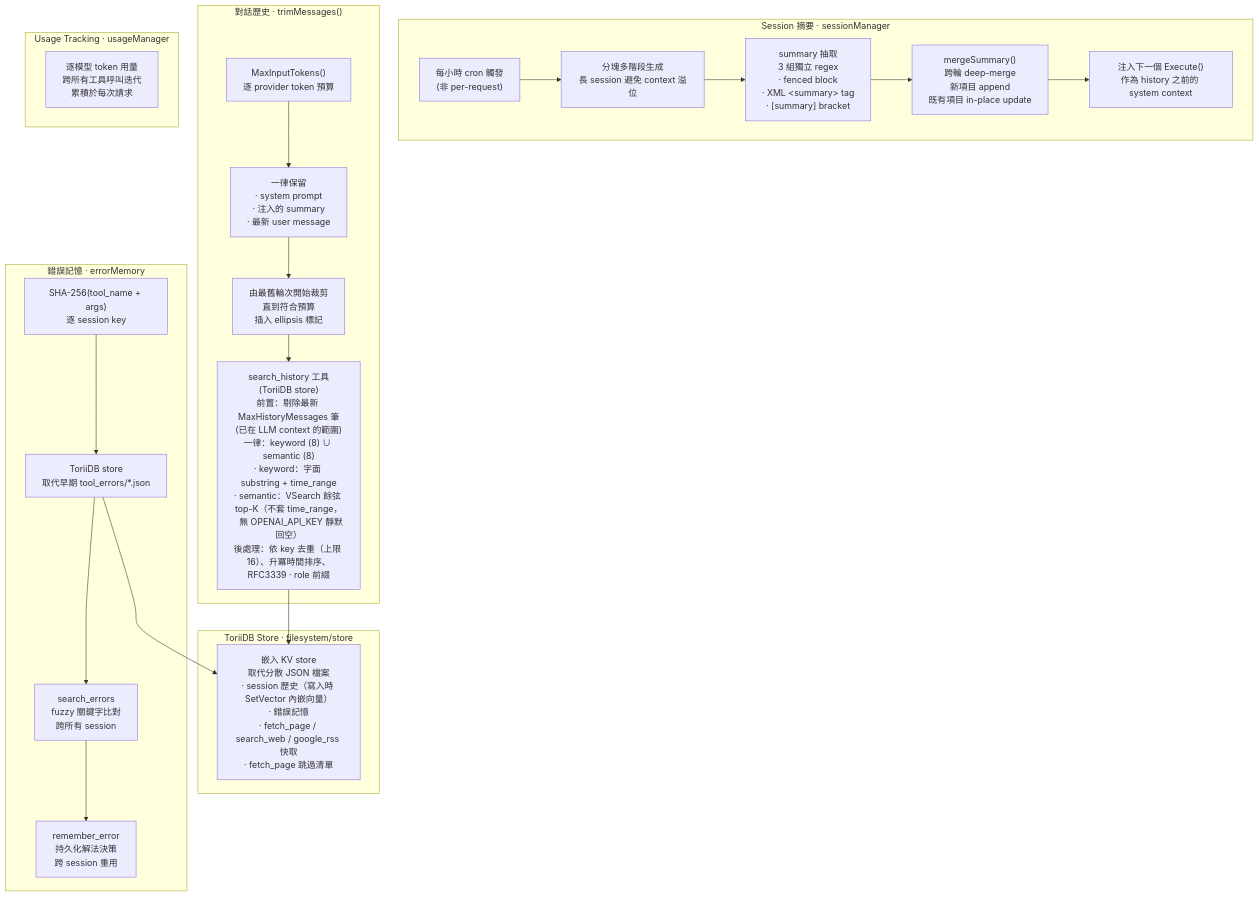
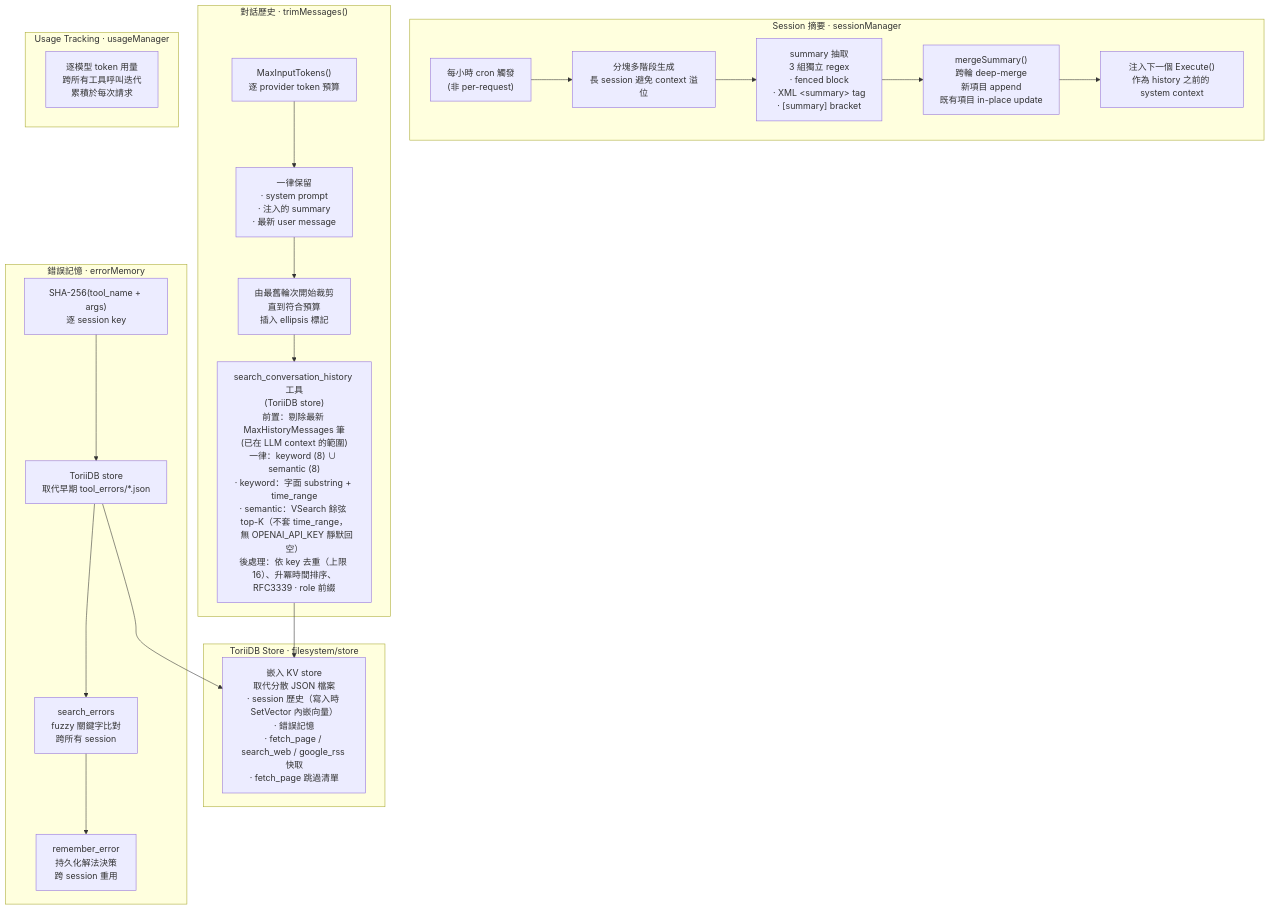
Before and after one commit to pardnchiu/Agenvoy: the eighth of 9 diagrams in doc/architecture.zh.md, drawn with Mermaid. The commit also changed 15 other files, not shown here.

Commit message:
refactor: Rename history and search tools, add CSV file reading

````diff
--- a/doc/architecture.zh.md
+++ b/doc/architecture.zh.md
@@ -377,41 +377,41 @@
 ```mermaid
 flowchart TD
     subgraph SessionSummary ["Session 摘要 · sessionManager"]
         SumCron["每小時 cron 觸發\n(非 per-request)"]
         SumChunk["分塊多階段生成\n長 session 避免 context 溢位"]
         SumExtract["summary 抽取\n3 組獨立 regex\n· fenced block\n· XML &lt;summary&gt; tag\n· [summary] bracket"]
         SumMerge["mergeSummary()\n跨輪 deep-merge\n新項目 append\n既有項目 in-place update"]
         SumInject["注入下一個 Execute()\n作為 history 之前的 system context"]
     end
 
     subgraph HistoryTrim ["對話歷史 · trimMessages()"]
         Budget["MaxInputTokens()\n逐 provider token 預算"]
         Preserve["一律保留\n· system prompt\n· 注入的 summary\n· 最新 user message"]
         Trim["由最舊輪次開始裁剪\n直到符合預算\n插入 ellipsis 標記"]
-        SearchHist["search_history 工具\n(ToriiDB store)\n前置：剔除最新 MaxHistoryMessages 筆\n(已在 LLM context 的範圍)\n一律：keyword (8) ∪ semantic (8)\n· keyword：字面 substring + time_range\n· semantic：VSearch 餘弦 top-K（不套 time_range，\n  無 OPENAI_API_KEY 靜默回空）\n後處理：依 key 去重（上限 16）、升冪時間排序、\nRFC3339 · role 前綴"]
+        SearchHist["search_conversation_history 工具\n(ToriiDB store)\n前置：剔除最新 MaxHistoryMessages 筆\n(已在 LLM context 的範圍)\n一律：keyword (8) ∪ semantic (8)\n· keyword：字面 substring + time_range\n· semantic：VSearch 餘弦 top-K（不套 time_range，\n  無 OPENAI_API_KEY 靜默回空）\n後處理：依 key 去重（上限 16）、升冪時間排序、\nRFC3339 · role 前綴"]
     end
 
     subgraph ToriiStore ["ToriiDB Store · filesystem/store"]
         TS["嵌入 KV store\n取代分散 JSON 檔案\n· session 歷史（寫入時 SetVector 內嵌向量）\n· 錯誤記憶\n· fetch_page / search_web / google_rss 快取\n· fetch_page 跳過清單"]
     end
 
     subgraph ErrorMemory ["錯誤記憶 · errorMemory"]
         ErrHash["SHA-256(tool_name + args)\n逐 session key"]
         ErrStore["ToriiDB store\n取代早期 tool_errors/*.json"]
         ErrRecall["search_errors\nfuzzy 關鍵字比對\n跨所有 session"]
         ErrResolve["remember_error\n持久化解法決策\n跨 session 重用"]
     end
 
     subgraph UsageTracking ["Usage Tracking · usageManager"]
         UT["逐模型 token 用量\n跨所有工具呼叫迭代\n累積於每次請求"]
     end
 
     SumCron --> SumChunk --> SumExtract --> SumMerge --> SumInject
     Budget --> Preserve --> Trim
     Trim --> SearchHist
     SearchHist --> TS
     ErrHash --> ErrStore
     ErrStore --> TS
     ErrStore --> ErrRecall
     ErrRecall --> ErrResolve
 ```
````
